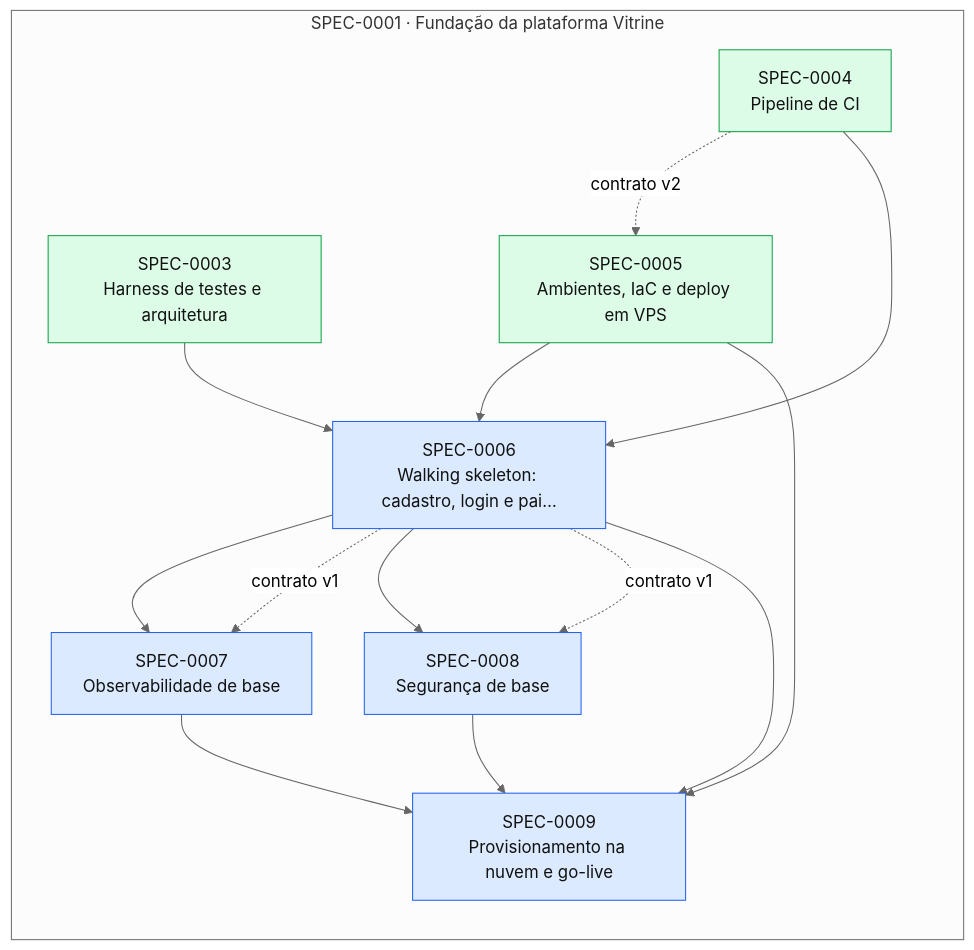
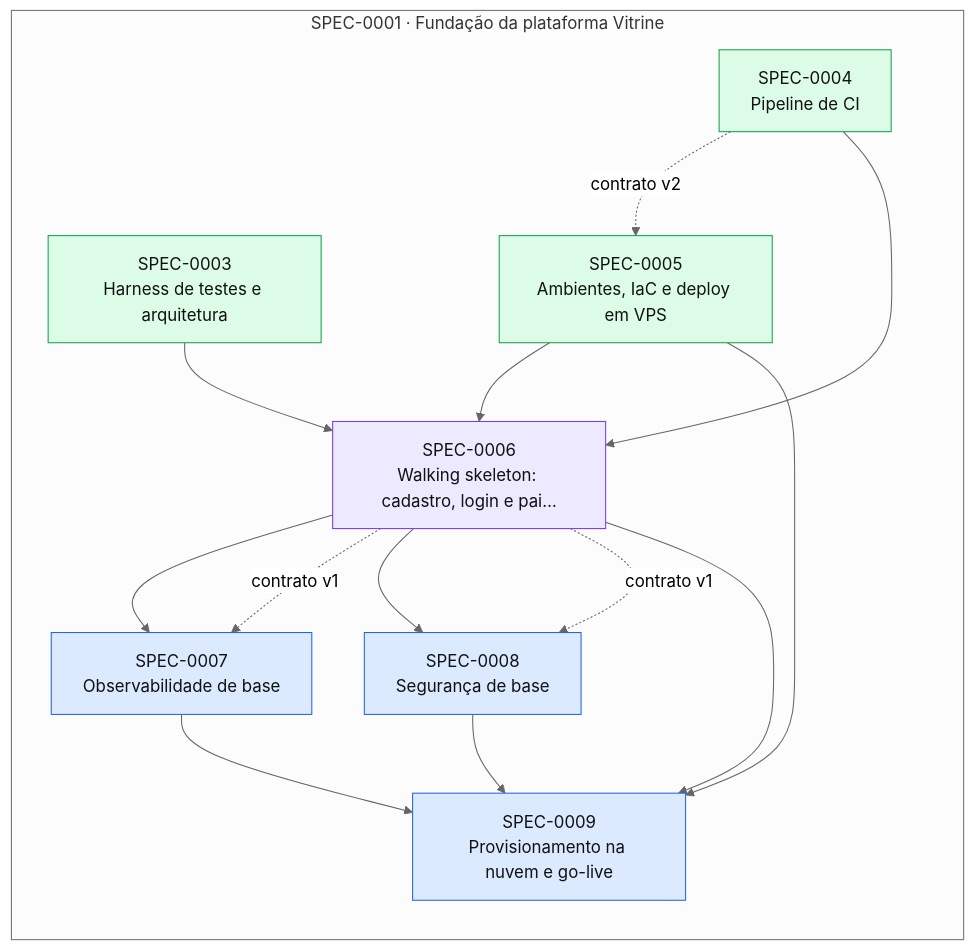
Before and after one commit to thomasravache/vitrine: the diagram in docs/specs/INDEX.md, drawn with Mermaid (neutral theme). The commit also changed other lines of this file and 1 other file, not shown here.

First line of the commit message:
docs(specs): SPEC-0006 em andamento; touches com lockfiles e pacote da SPA

````diff
--- a/docs/specs/INDEX.md
+++ b/docs/specs/INDEX.md
@@ -59,29 +59,29 @@
 ```mermaid
 flowchart LR
   subgraph E0001["SPEC-0001 · Fundação da plataforma Vitrine"]
     S0003["SPEC-0003<br/>Harness de testes e arquitetura"]:::implemented
     S0004["SPEC-0004<br/>Pipeline de CI"]:::implemented
     S0005["SPEC-0005<br/>Ambientes, IaC e deploy em VPS"]:::implemented
-    S0006["SPEC-0006<br/>Walking skeleton: cadastro, login e pai…"]:::approved
+    S0006["SPEC-0006<br/>Walking skeleton: cadastro, login e pai…"]:::inprogress
     S0007["SPEC-0007<br/>Observabilidade de base"]:::approved
     S0008["SPEC-0008<br/>Segurança de base"]:::approved
     S0009["SPEC-0009<br/>Provisionamento na nuvem e go-live"]:::approved
   end
   S0004 -. contrato v2 .-> S0005
   S0003 --> S0006
   S0004 --> S0006
   S0005 --> S0006
   S0006 --> S0007
   S0006 -. contrato v1 .-> S0007
   S0006 --> S0008
   S0006 -. contrato v1 .-> S0008
   S0005 --> S0009
   S0006 --> S0009
   S0007 --> S0009
   S0008 --> S0009
   classDef proposed fill:#fef3c7,stroke:#d97706,color:#111
   classDef approved fill:#dbeafe,stroke:#2563eb,color:#111
   classDef inprogress fill:#ede9fe,stroke:#7c3aed,color:#111
   classDef implemented fill:#dcfce7,stroke:#16a34a,color:#111
   classDef deprecated fill:#f3f4f6,stroke:#9ca3af,color:#6b7280
 ```
````
